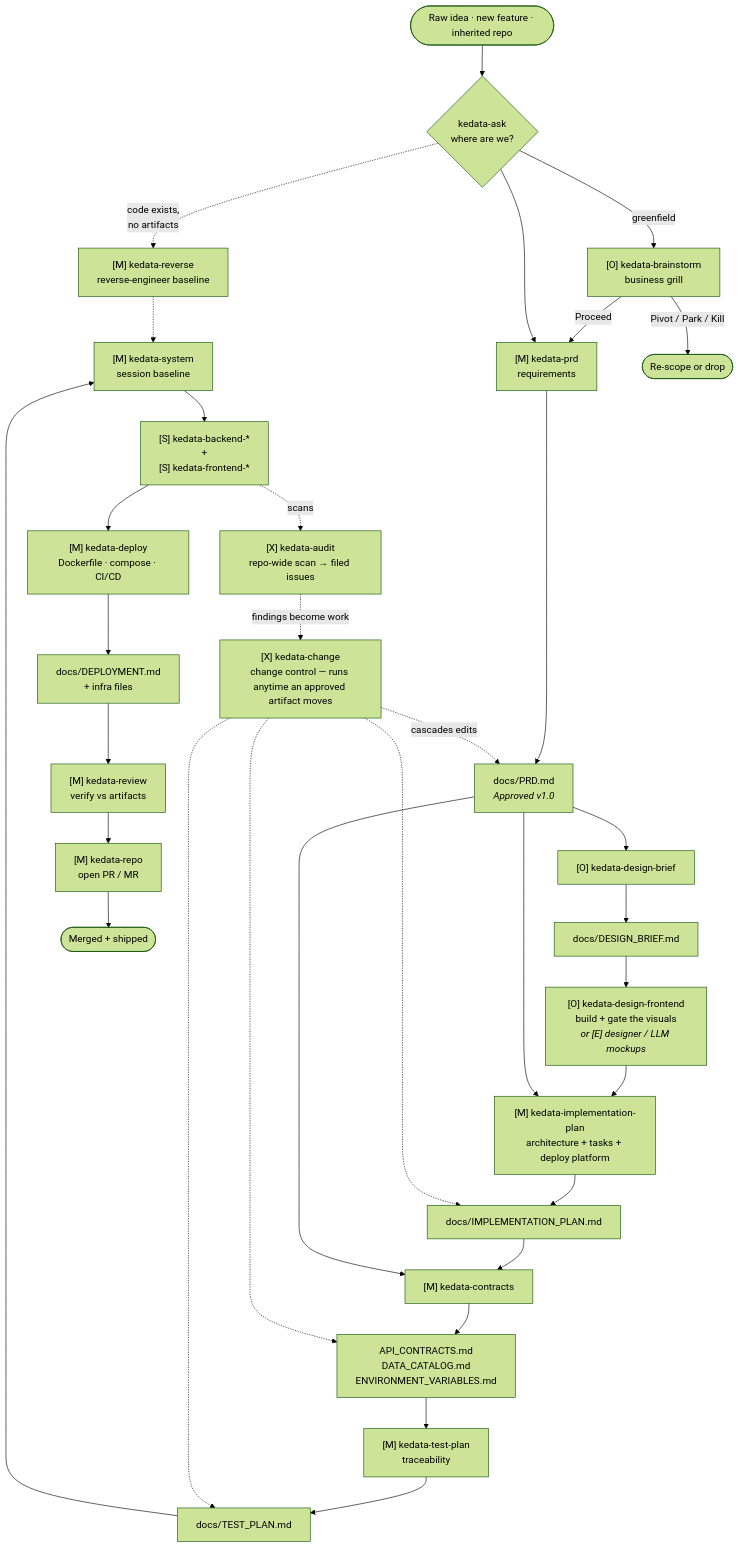
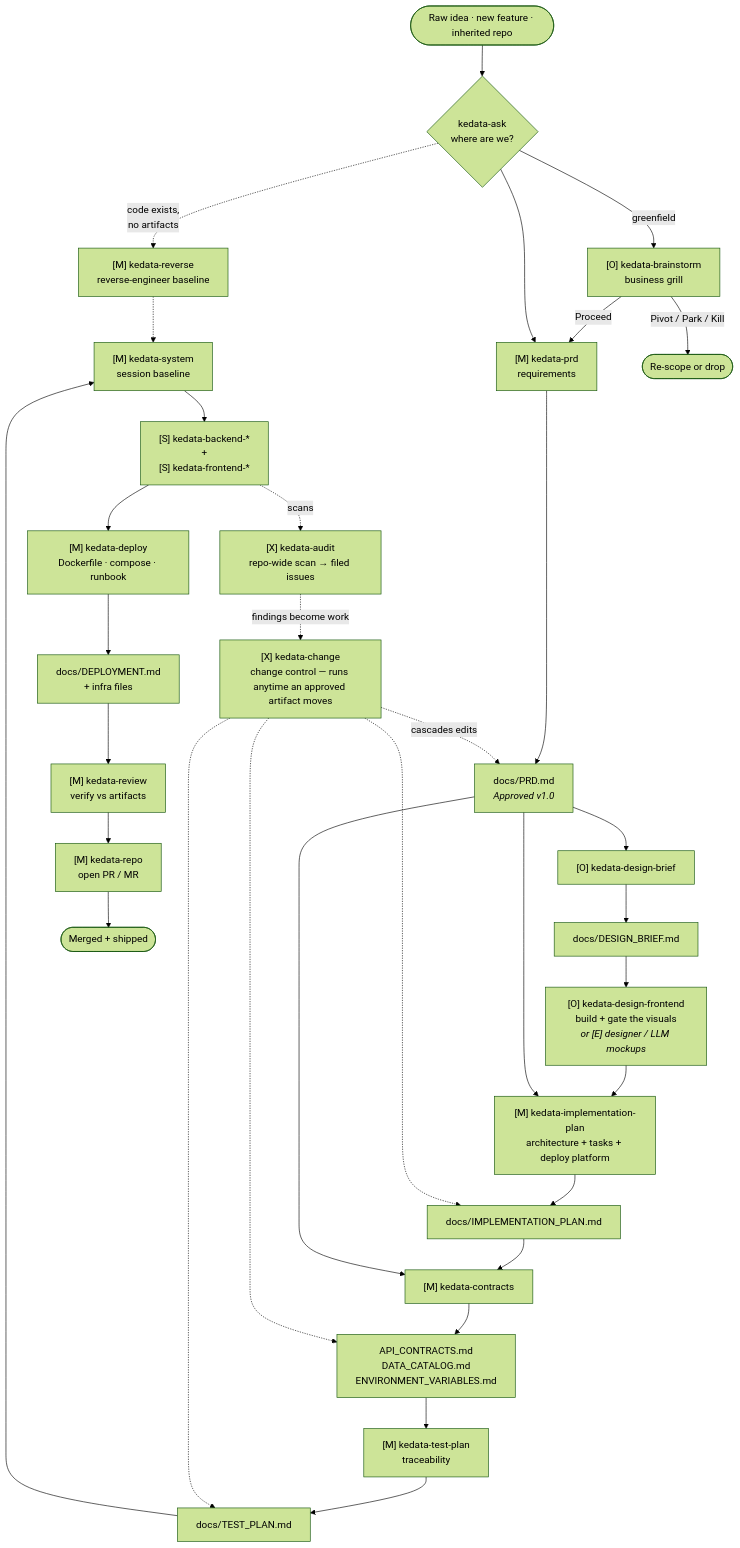
Before and after one commit to Kedata-Indonesia/vibeskills: the first of 13 diagrams in PIPELINE_GUIDE.md, drawn with Mermaid (forest theme). The commit also changed other lines of this file and 2 other files, not shown here.

Commit message:
refactor(kedata-deploy): stop authoring CI workflows; record stages instead
- do not create .github/workflows/* or .gitlab-ci.yml; match an existing repo CI or leave CI to the user
- DEPLOYMENT.md §7 records the stages; deploy work is tracked as issues via kedata-track
- update description, constraints, downstream table, Related Skills, README + PIPELINE_GUIDE

````diff
--- a/PIPELINE_GUIDE.md
+++ b/PIPELINE_GUIDE.md
@@ -17,47 +17,47 @@
 ```mermaid
 flowchart TD
     START(["Raw idea · new feature · inherited repo"]) --> ASK{"kedata-ask<br/>where are we?"}
 
     ASK -.->|"code exists,<br/>no artifacts"| REV["[M] kedata-reverse<br/>reverse-engineer baseline"]
     REV -.-> SYS
 
     ASK -->|"greenfield"| BRAIN["[O] kedata-brainstorm<br/>business grill"]
     BRAIN -->|"Proceed"| PRD
     BRAIN -->|"Pivot / Park / Kill"| STOP(["Re-scope or drop"])
 
     ASK --> PRD["[M] kedata-prd<br/>requirements"]
     PRD --> PRDART["docs/PRD.md<br/><i>Approved v1.0</i>"]
 
     PRDART --> DESIGN["[O] kedata-design-brief"]
     DESIGN --> DESART["docs/DESIGN_BRIEF.md"]
     DESART --> MOCK["[O] kedata-design-frontend<br/>build + gate the visuals<br/><i>or [E] designer / LLM mockups</i>"]
 
     MOCK --> PLAN
     PRDART --> PLAN["[M] kedata-implementation-plan<br/>architecture + tasks + deploy platform"]
     PLAN --> PLANART["docs/IMPLEMENTATION_PLAN.md"]
 
     PLANART --> CONTRACTS["[M] kedata-contracts"]
     PRDART --> CONTRACTS
     CONTRACTS --> CONART["API_CONTRACTS.md<br/>DATA_CATALOG.md<br/>ENVIRONMENT_VARIABLES.md"]
 
     CONART --> TEST["[M] kedata-test-plan<br/>traceability"]
     TEST --> TESTART["docs/TEST_PLAN.md"]
 
     TESTART --> SYS["[M] kedata-system<br/>session baseline"]
     SYS --> CODE["[S] kedata-backend-*<br/>+<br/>[S] kedata-frontend-*"]
-    CODE --> DEPLOY["[M] kedata-deploy<br/>Dockerfile · compose · CI/CD"]
+    CODE --> DEPLOY["[M] kedata-deploy<br/>Dockerfile · compose · runbook"]
     DEPLOY --> DEPART["docs/DEPLOYMENT.md<br/>+ infra files"]
     DEPART --> REV2["[M] kedata-review<br/>verify vs artifacts"]
     REV2 --> REPO["[M] kedata-repo<br/>open PR / MR"]
     REPO --> DONE(["Merged + shipped"])
 
     CHANGE["[X] kedata-change<br/>change control — runs anytime an approved artifact moves"]
     CHANGE -.->|"cascades edits"| PRDART
     CHANGE -.-> PLANART
     CHANGE -.-> CONART
     CHANGE -.-> TESTART
 
     AUDIT["[X] kedata-audit<br/>repo-wide scan → filed issues"]
     CODE -.->|"scans"| AUDIT
     AUDIT -.->|"findings become work"| CHANGE
 ```
````
